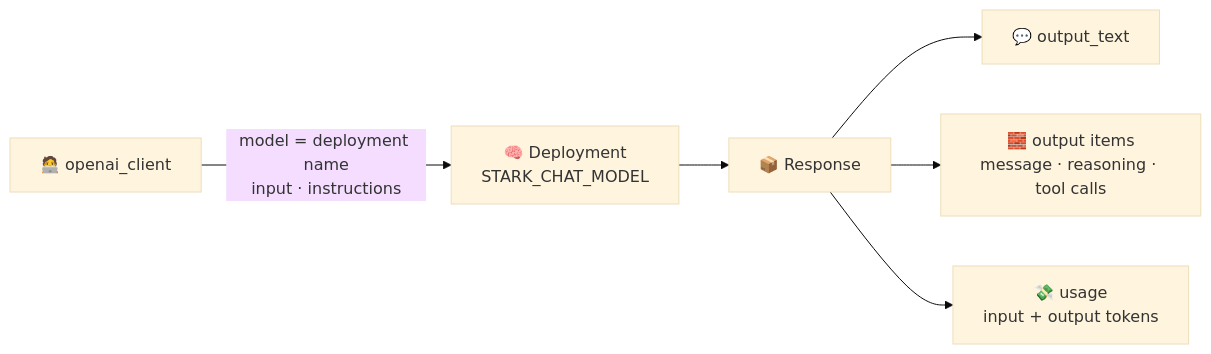
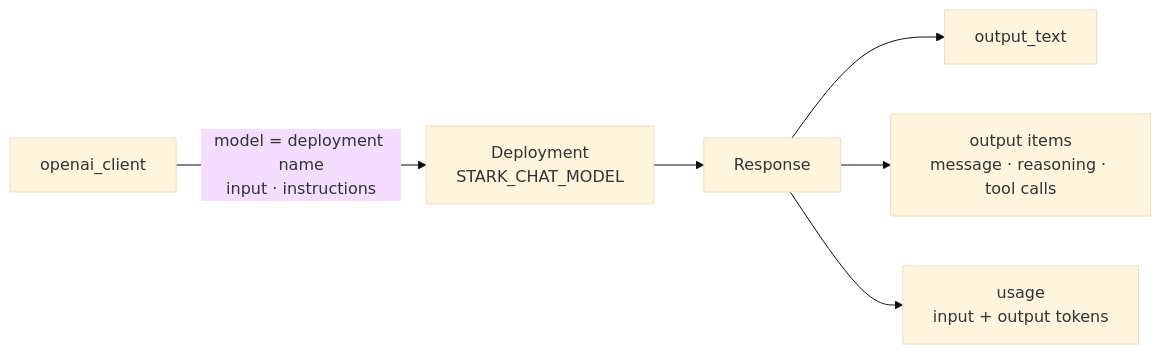
The diagram in docs/models.md (nampacx/MS-Foundry-from-0-to-hero), drawn with Mermaid (base theme) before and after one commit. The commit also changed other lines of this file and 37 other files, not shown here.

````diff
--- a/docs/models.md
+++ b/docs/models.md
@@ -20,8 +20,8 @@
 ```mermaid
 flowchart LR
-  C[🧑‍💻 openai_client] -->|model = deployment name<br/>input · instructions| D[🧠 Deployment<br/>STARK_CHAT_MODEL]
-  D --> R[📦 Response]
-  R --> T[💬 output_text]
-  R --> O[🧱 output items<br/>message · reasoning · tool calls]
-  R --> U[💸 usage<br/>input + output tokens]
+  C[openai_client] -->|model = deployment name<br/>input · instructions| D[Deployment<br/>STARK_CHAT_MODEL]
+  D --> R[Response]
+  R --> T[output_text]
+  R --> O[output items<br/>message · reasoning · tool calls]
+  R --> U[usage<br/>input + output tokens]
 ```
````
